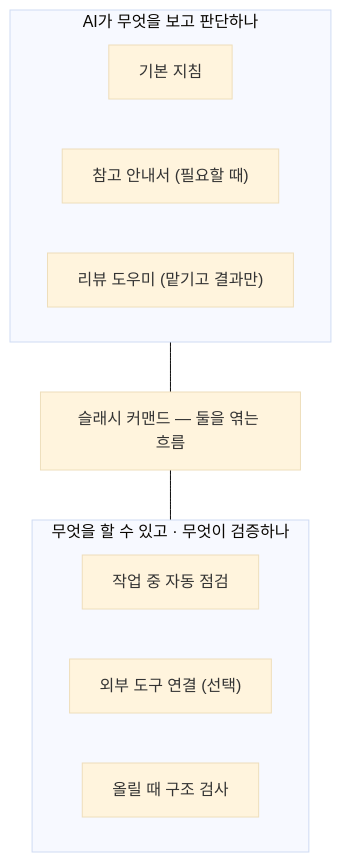
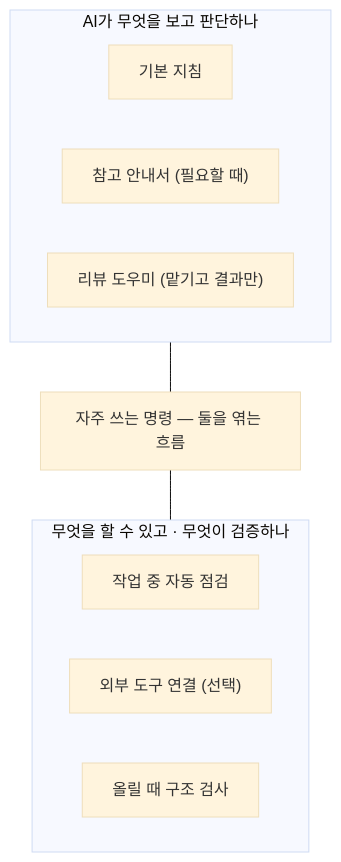
The third of 4 diagrams in README.md (HongJungWan/opinionated-harness-template), drawn with Mermaid (base theme) before and after one commit. The commit also changed other lines of this file, not shown here.

````diff
--- a/README.md
+++ b/README.md
@@ -53,15 +96,15 @@
 ```mermaid
 flowchart TD
     subgraph CTX["AI가 무엇을 보고 판단하나"]
         P["기본 지침"]
         S["참고 안내서 (필요할 때)"]
         AG["리뷰 도우미 (맡기고 결과만)"]
     end
     subgraph HN["무엇을 할 수 있고 · 무엇이 검증하나"]
         H["작업 중 자동 점검"]
         M["외부 도구 연결 (선택)"]
         CI["올릴 때 구조 검사"]
     end
-    CMD["슬래시 커맨드 — 둘을 엮는 흐름"]
+    CMD["자주 쓰는 명령 — 둘을 엮는 흐름"]
     CTX --- CMD --- HN
 ```
````
